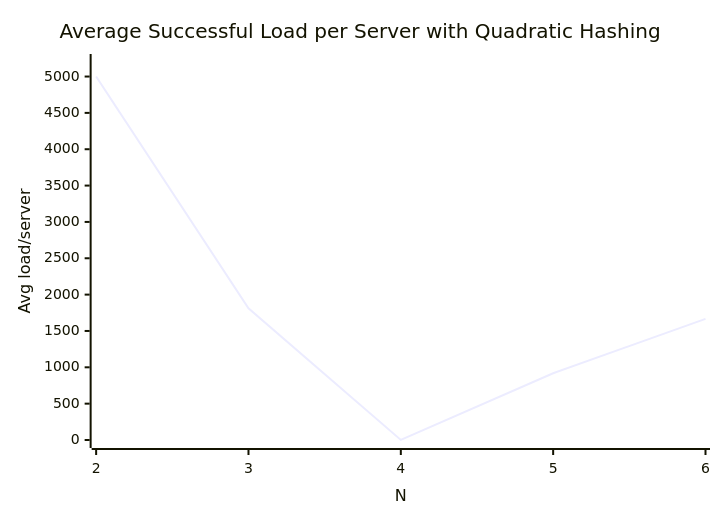
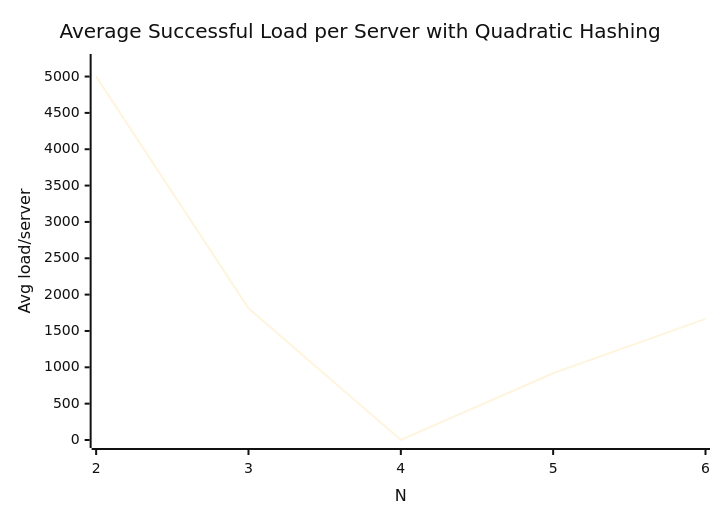
Before and after one commit to AmyMugeni/LoadBalancer: the fourth of 4 diagrams in README.md, drawn with Mermaid. The commit also changed other lines of this file, not shown here.

Commit message:
add bolder colouurs to the graphs

````diff
--- a/README.md
+++ b/README.md
@@ -442,7 +445,8 @@
 ```mermaid
+%%{init: {'theme': 'base', 'themeVariables': { 'background': '#ffffff', 'primaryColor': '#c1121f', 'primaryBorderColor': '#c1121f', 'primaryTextColor': '#111111', 'lineColor': '#c1121f', 'fontSize': '16px' }}}%%
 xychart-beta
   title "Average Successful Load per Server with Quadratic Hashing"
   x-axis "N" [2, 3, 4, 5, 6]
   y-axis "Avg load/server" 0 --> 5200
   line [5000, 1811.67, 1.25, 918.6, 1666.67]
 ```
````
